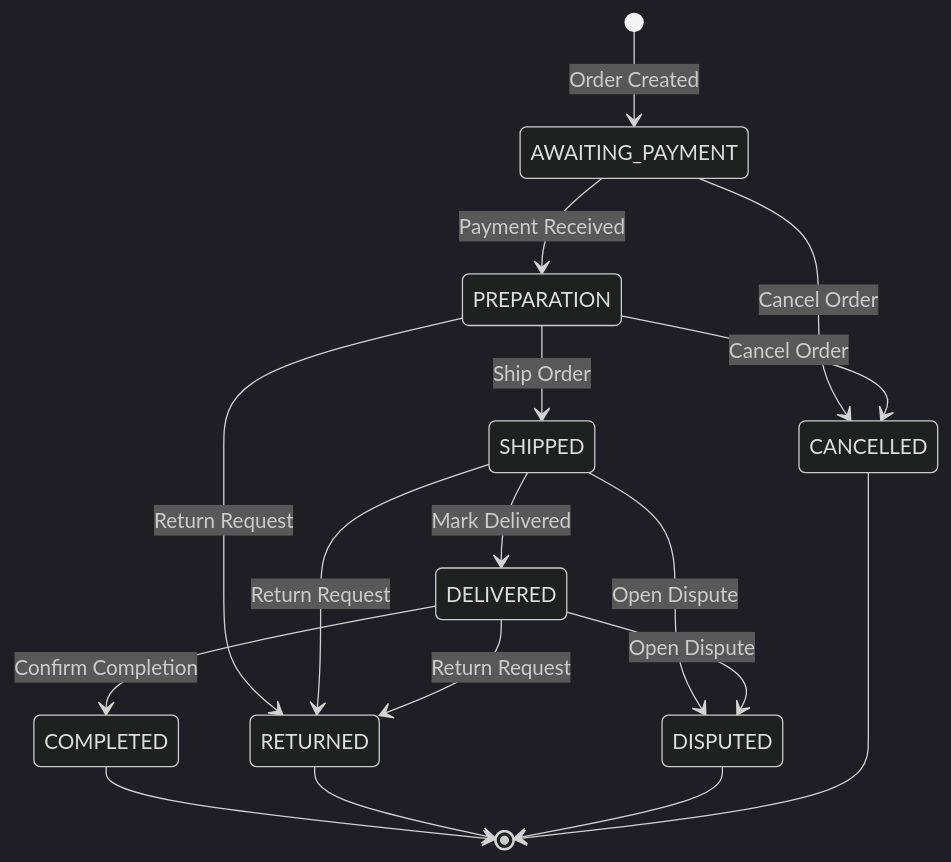
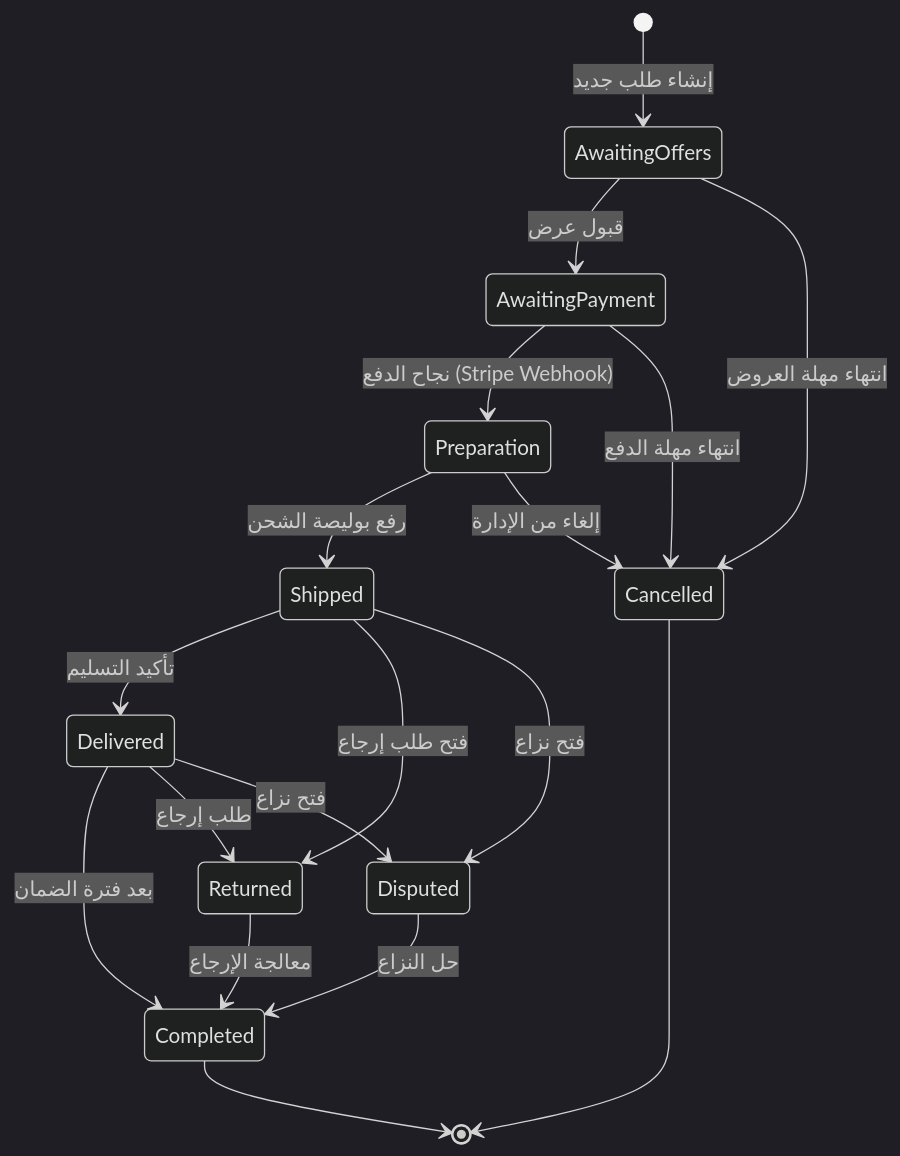
The first of 2 diagrams in README.md (mohamedahmedessam757/marketplace-poc), drawn with Mermaid (dark theme) before and after one commit. The commit also changed other lines of this file, not shown here.

````diff
--- a/README.md
+++ b/README.md
@@ -270,24 +256,27 @@
 ```mermaid
 stateDiagram-v2
-    [*] --> AWAITING_PAYMENT: Order Created
+    [*] --> AwaitingOffers : إنشاء طلب جديد
     
-    AWAITING_PAYMENT --> PREPARATION: Payment Received
-    AWAITING_PAYMENT --> CANCELLED: Cancel Order
+    AwaitingOffers --> AwaitingPayment : قبول عرض
+    AwaitingOffers --> Cancelled : انتهاء مهلة العروض
     
-    PREPARATION --> SHIPPED: Ship Order
-    PREPARATION --> CANCELLED: Cancel Order
-    PREPARATION --> RETURNED: Return Request
+    AwaitingPayment --> Preparation : نجاح الدفع (Stripe Webhook)
+    AwaitingPayment --> Cancelled : انتهاء مهلة الدفع
     
-    SHIPPED --> DELIVERED: Mark Delivered
-    SHIPPED --> RETURNED: Return Request
-    SHIPPED --> DISPUTED: Open Dispute
+    Preparation --> Shipped : رفع بوليصة الشحن
+    Preparation --> Cancelled : إلغاء من الإدارة
     
-    DELIVERED --> COMPLETED: Confirm Completion
-    DELIVERED --> RETURNED: Return Request
-    DELIVERED --> DISPUTED: Open Dispute
+    Shipped --> Delivered : تأكيد التسليم
+    Shipped --> Returned : فتح طلب إرجاع
+    Shipped --> Disputed : فتح نزاع
     
-    COMPLETED --> [*]
-    RETURNED --> [*]
-    DISPUTED --> [*]
-    CANCELLED --> [*]
+    Delivered --> Completed : بعد فترة الضمان
+    Delivered --> Returned : طلب إرجاع
+    Delivered --> Disputed : فتح نزاع
+    
+    Returned --> Completed : معالجة الإرجاع
+    Disputed --> Completed : حل النزاع
+    
+    Completed --> [*]
+    Cancelled --> [*]
 ```
````
